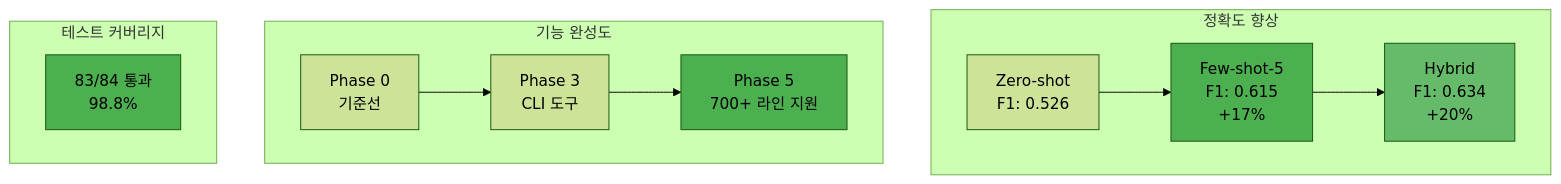
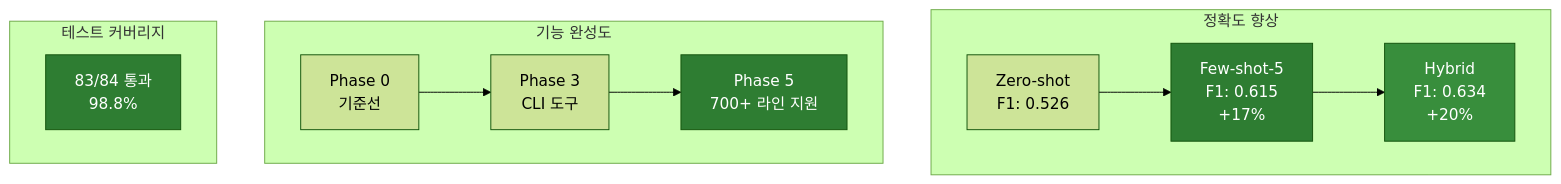
One commit to ApeachM/llm-code-reviewer changed diagram 14 of 15 in docs/PROJECT_OVERVIEW.md. Above: the diagram before and after it, drawn with Mermaid (forest theme). The commit also changed other lines of this file and 2 other files, not shown here.

First line of the commit message:
docs: Update Mermaid diagram colors for improved dark theme readability

````diff
--- a/docs/PROJECT_OVERVIEW.md
+++ b/docs/PROJECT_OVERVIEW.md
@@ -968,29 +968,29 @@
 ```mermaid
 graph TB
     subgraph "정확도 향상"
         A1[Zero-shot<br/>F1: 0.526]
         A2[Few-shot-5<br/>F1: 0.615<br/>+17%]
         A3[Hybrid<br/>F1: 0.634<br/>+20%]
 
         A1 --> A2
         A2 --> A3
     end
 
     subgraph "기능 완성도"
         B1[Phase 0<br/>기준선]
         B2[Phase 3<br/>CLI 도구]
         B3[Phase 5<br/>700+ 라인 지원]
 
         B1 --> B2
         B2 --> B3
     end
 
     subgraph "테스트 커버리지"
         C1[83/84 통과<br/>98.8%]
     end
 
-    style A2 fill:#4caf50
-    style A3 fill:#66bb6a
-    style B3 fill:#4caf50
-    style C1 fill:#4caf50
+    style A2 fill:#2e7d32,color:#fff
+    style A3 fill:#388e3c,color:#fff
+    style B3 fill:#2e7d32,color:#fff
+    style C1 fill:#2e7d32,color:#fff
 ```
````
